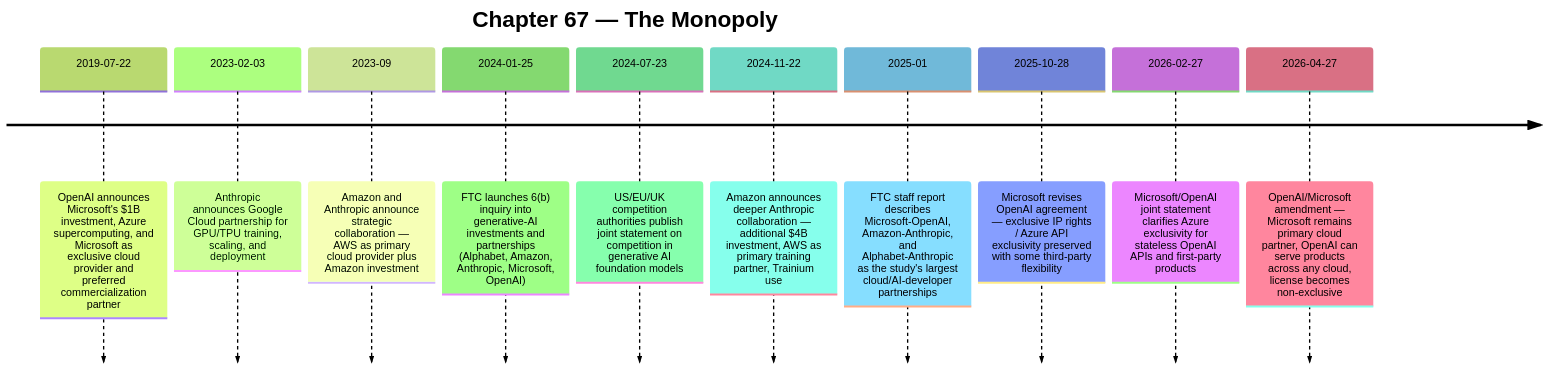
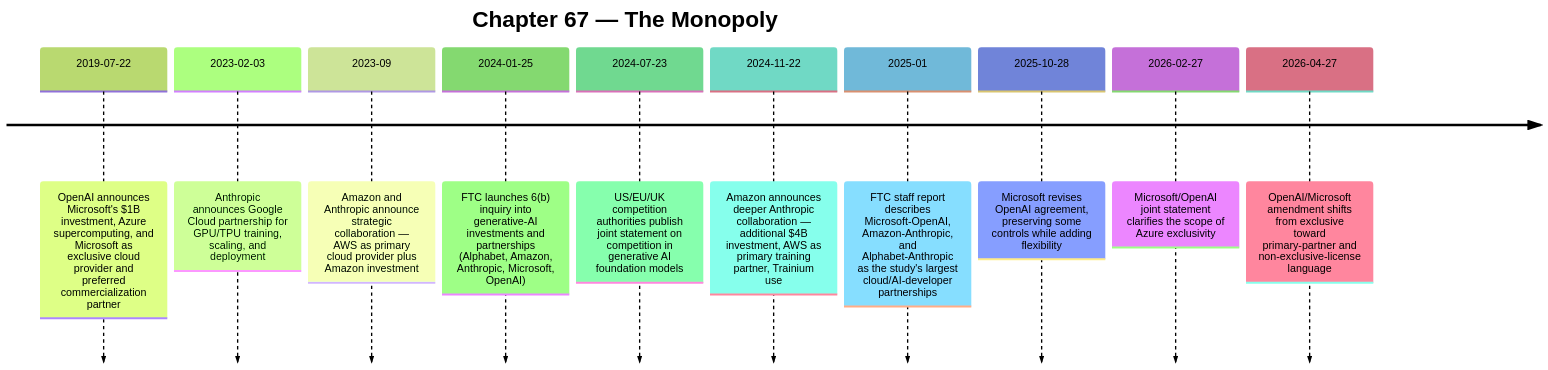
Before and after one commit to kube-dojo/kube-dojo: the diagram in src/content/docs/ai-history/ch-67-the-monopoly.md, drawn with Mermaid (forest theme). The commit also changed other lines of this file and 2 other files, not shown here.

````diff
--- a/src/content/docs/ai-history/ch-67-the-monopoly.md
+++ b/src/content/docs/ai-history/ch-67-the-monopoly.md
@@ -29,14 +29,14 @@
 ```mermaid
 timeline
     title Chapter 67 — The Monopoly
     2019-07-22 : OpenAI announces Microsoft's $1B investment, Azure supercomputing, and Microsoft as exclusive cloud provider and preferred commercialization partner
     2023-02-03 : Anthropic announces Google Cloud partnership for GPU/TPU training, scaling, and deployment
     2023-09 : Amazon and Anthropic announce strategic collaboration — AWS as primary cloud provider plus Amazon investment
     2024-01-25 : FTC launches 6(b) inquiry into generative-AI investments and partnerships (Alphabet, Amazon, Anthropic, Microsoft, OpenAI)
     2024-07-23 : US/EU/UK competition authorities publish joint statement on competition in generative AI foundation models
     2024-11-22 : Amazon announces deeper Anthropic collaboration — additional $4B investment, AWS as primary training partner, Trainium use
     2025-01 : FTC staff report describes Microsoft-OpenAI, Amazon-Anthropic, and Alphabet-Anthropic as the study's largest cloud/AI-developer partnerships
-    2025-10-28 : Microsoft revises OpenAI agreement — exclusive IP rights / Azure API exclusivity preserved with some third-party flexibility
-    2026-02-27 : Microsoft/OpenAI joint statement clarifies Azure exclusivity for stateless OpenAI APIs and first-party products
-    2026-04-27 : OpenAI/Microsoft amendment — Microsoft remains primary cloud partner, OpenAI can serve products across any cloud, license becomes non-exclusive
+    2025-10-28 : Microsoft revises OpenAI agreement, preserving some controls while adding flexibility
+    2026-02-27 : Microsoft/OpenAI joint statement clarifies the scope of Azure exclusivity
+    2026-04-27 : OpenAI/Microsoft amendment shifts from exclusive toward primary-partner and non-exclusive-license language
 ```
````
